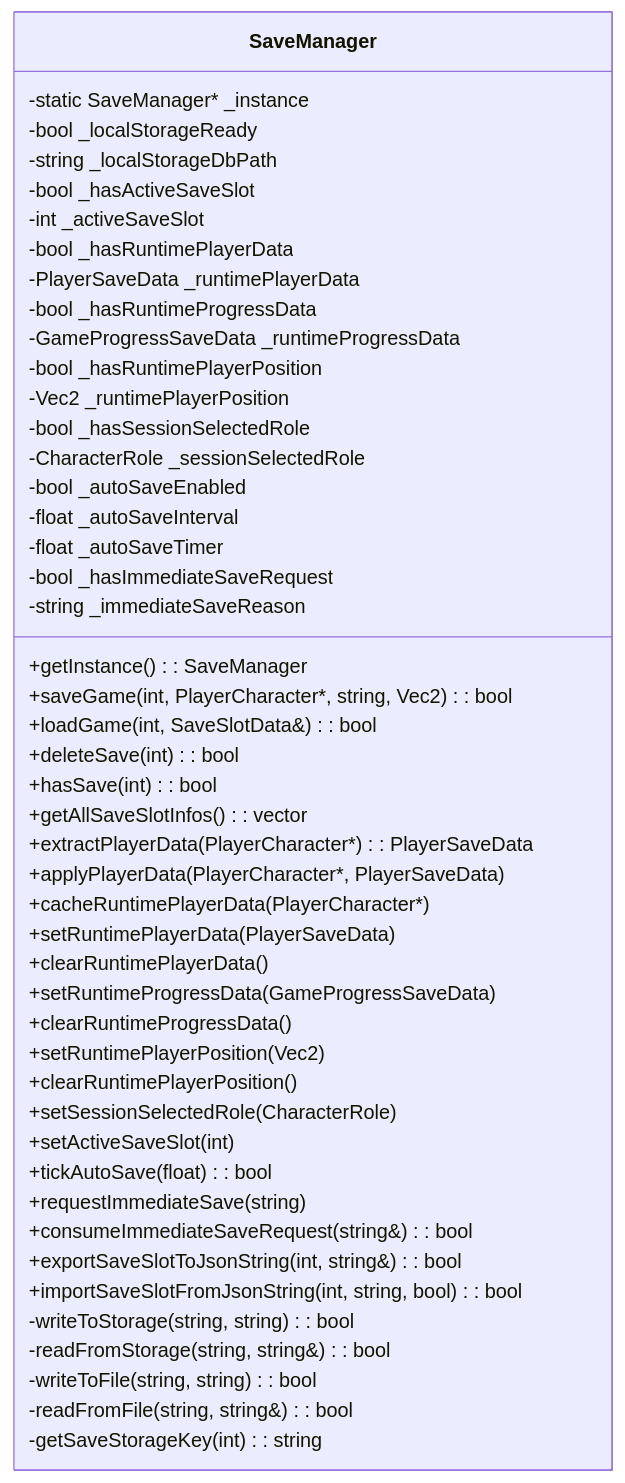
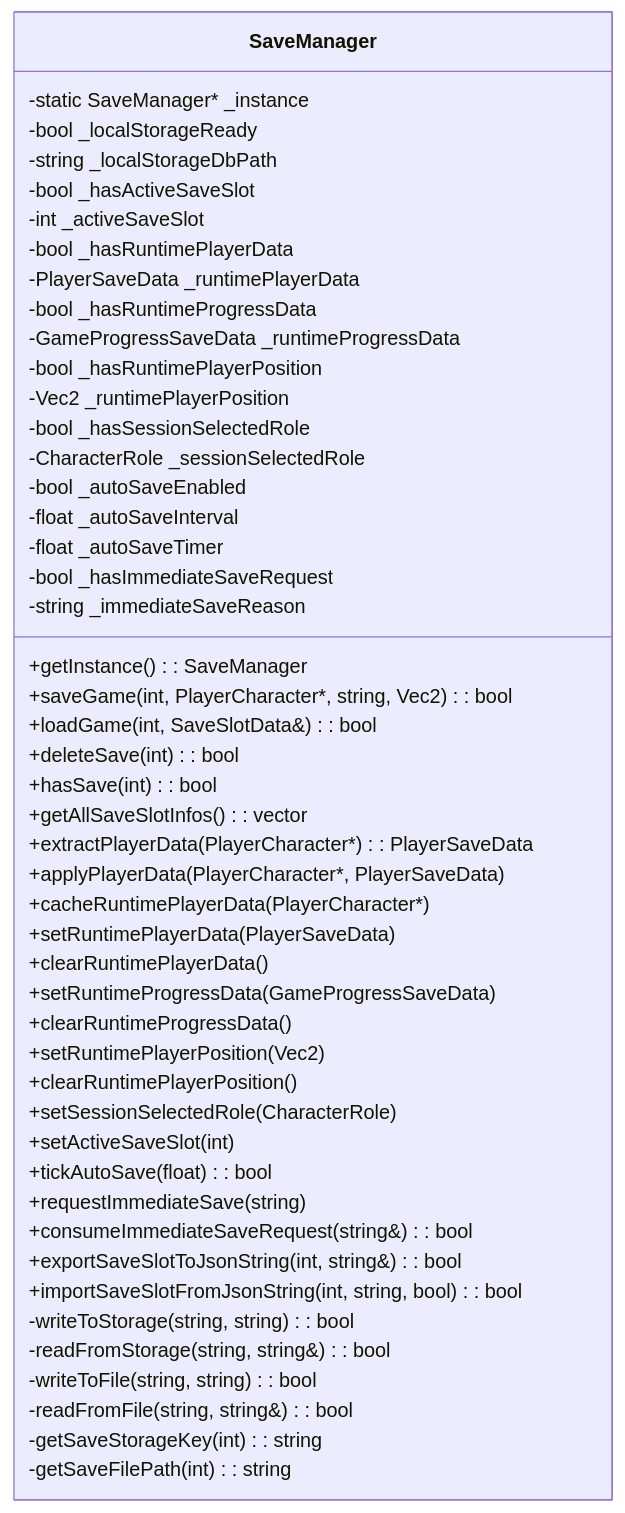
The diagram in docs/deekwiki/存档管理器（SaveManager）.md (lilong555/Adventure-King), drawn with Mermaid before and after one commit. The commit also changed other lines of this file and 54 other files, not shown here.

````diff
--- a/docs/deekwiki/存档管理器（SaveManager）.md
+++ b/docs/deekwiki/存档管理器（SaveManager）.md
@@ -35,50 +35,51 @@
 ```mermaid
 classDiagram
     class SaveManager {
         -static SaveManager* _instance
         -bool _localStorageReady
         -string _localStorageDbPath
         -bool _hasActiveSaveSlot
         -int _activeSaveSlot
         -bool _hasRuntimePlayerData
         -PlayerSaveData _runtimePlayerData
         -bool _hasRuntimeProgressData
         -GameProgressSaveData _runtimeProgressData
         -bool _hasRuntimePlayerPosition
         -Vec2 _runtimePlayerPosition
         -bool _hasSessionSelectedRole
         -CharacterRole _sessionSelectedRole
         -bool _autoSaveEnabled
         -float _autoSaveInterval
         -float _autoSaveTimer
         -bool _hasImmediateSaveRequest
         -string _immediateSaveReason
         +getInstance() : SaveManager
         +saveGame(int, PlayerCharacter*, string, Vec2) : bool
         +loadGame(int, SaveSlotData&) : bool
         +deleteSave(int) : bool
         +hasSave(int) : bool
         +getAllSaveSlotInfos() : vector<SaveSlotData>
         +extractPlayerData(PlayerCharacter*) : PlayerSaveData
         +applyPlayerData(PlayerCharacter*, PlayerSaveData)
         +cacheRuntimePlayerData(PlayerCharacter*)
         +setRuntimePlayerData(PlayerSaveData)
         +clearRuntimePlayerData()
         +setRuntimeProgressData(GameProgressSaveData)
         +clearRuntimeProgressData()
         +setRuntimePlayerPosition(Vec2)
         +clearRuntimePlayerPosition()
         +setSessionSelectedRole(CharacterRole)
         +setActiveSaveSlot(int)
         +tickAutoSave(float) : bool
         +requestImmediateSave(string)
         +consumeImmediateSaveRequest(string&) : bool
         +exportSaveSlotToJsonString(int, string&) : bool
         +importSaveSlotFromJsonString(int, string, bool) : bool
         -writeToStorage(string, string) : bool
         -readFromStorage(string, string&) : bool
         -writeToFile(string, string) : bool
         -readFromFile(string, string&) : bool
         -getSaveStorageKey(int) : string
+        -getSaveFilePath(int) : string
     }
 ```
````
